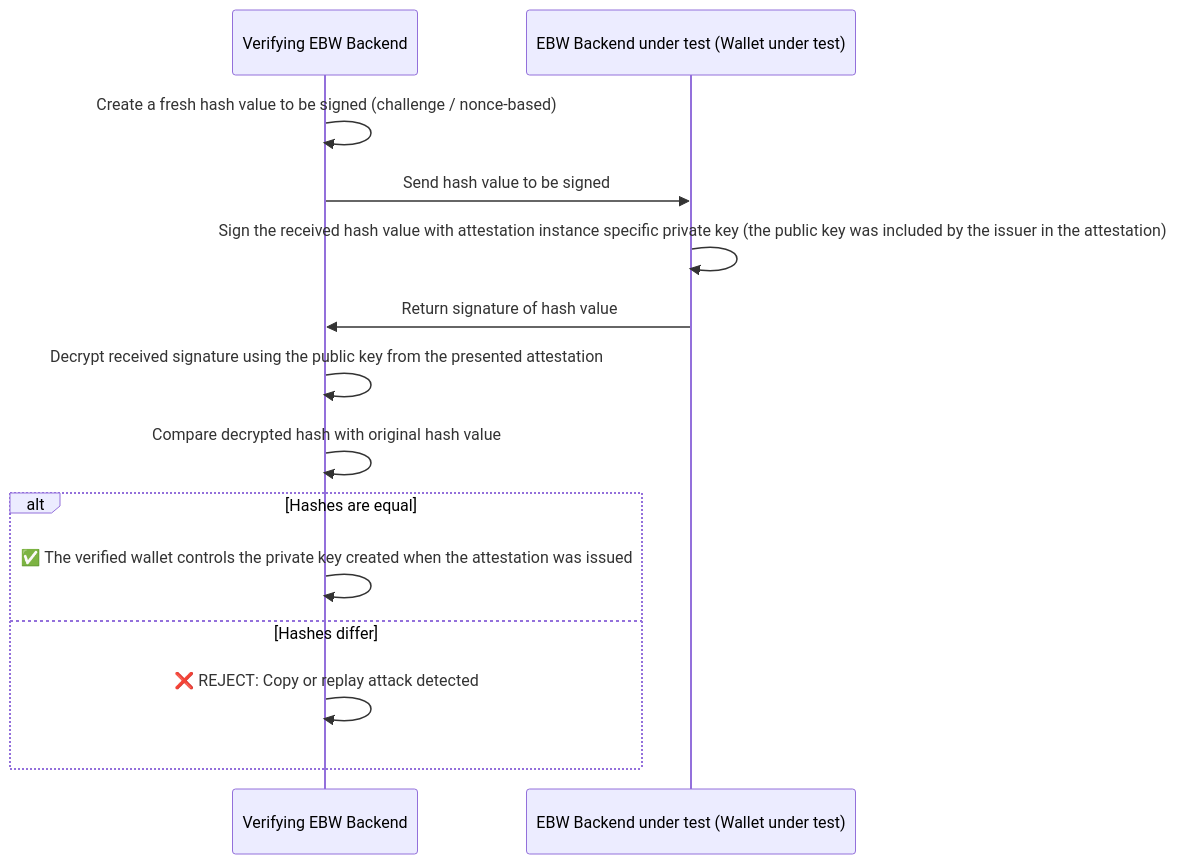
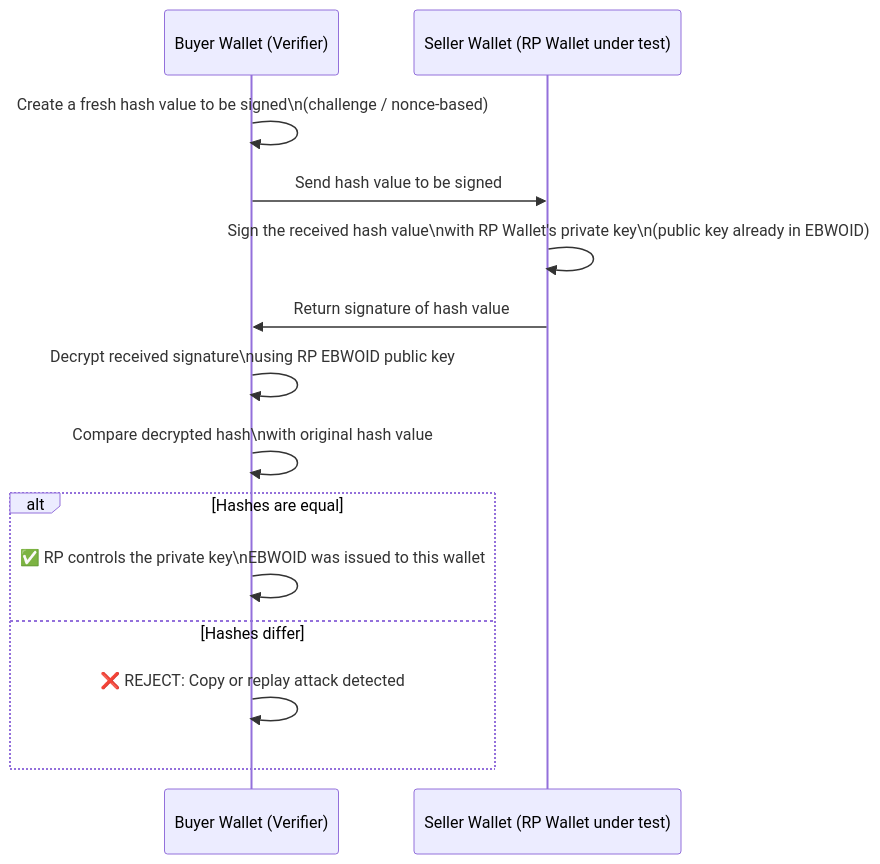
The sixth of 7 diagrams in rulebooks/rb-base/verifier-base-verification.md (webuild-consortium/webuild-attestation-rulebooks-catalog), drawn with Mermaid before and after one commit. The commit also changed other lines of this file and 3 other files, not shown here.

````diff
--- a/rulebooks/rb-base/verifier-base-verification.md
+++ b/rulebooks/rb-base/verifier-base-verification.md
@@ -383,16 +280,16 @@
 ```mermaid
 sequenceDiagram
-participant HW as Verifying EBW Backend 
-participant SW as EBW Backend under test (Wallet under test)
-    HW->>HW: Create a fresh hash value to be signed (challenge / nonce-based)
+    participant HW as Buyer Wallet (Verifier)
+    participant SW as Seller Wallet (RP Wallet under test)
+    HW->>HW: Create a fresh hash value to be signed\n(challenge / nonce-based)
     HW->>SW: Send hash value to be signed
-    SW->>SW: Sign the received hash value with attestation instance specific private key (the public key was included by the issuer in the attestation)
+    SW->>SW: Sign the received hash value\nwith RP Wallet's private key\n(public key already in EBWOID)
     SW->>HW: Return signature of hash value
-    HW->>HW: Decrypt received signature using the public key from the presented attestation
-    HW->>HW: Compare decrypted hash with original hash value
+    HW->>HW: Decrypt received signature\nusing RP EBWOID public key
+    HW->>HW: Compare decrypted hash\nwith original hash value
     alt Hashes are equal
-        HW->>HW: ✅ The verified wallet controls the private key created when the attestation was issued
+        HW->>HW: ✅ RP controls the private key\nEBWOID was issued to this wallet
     else Hashes differ
         HW->>HW: ❌ REJECT: Copy or replay attack detected
     end
 ```
````
